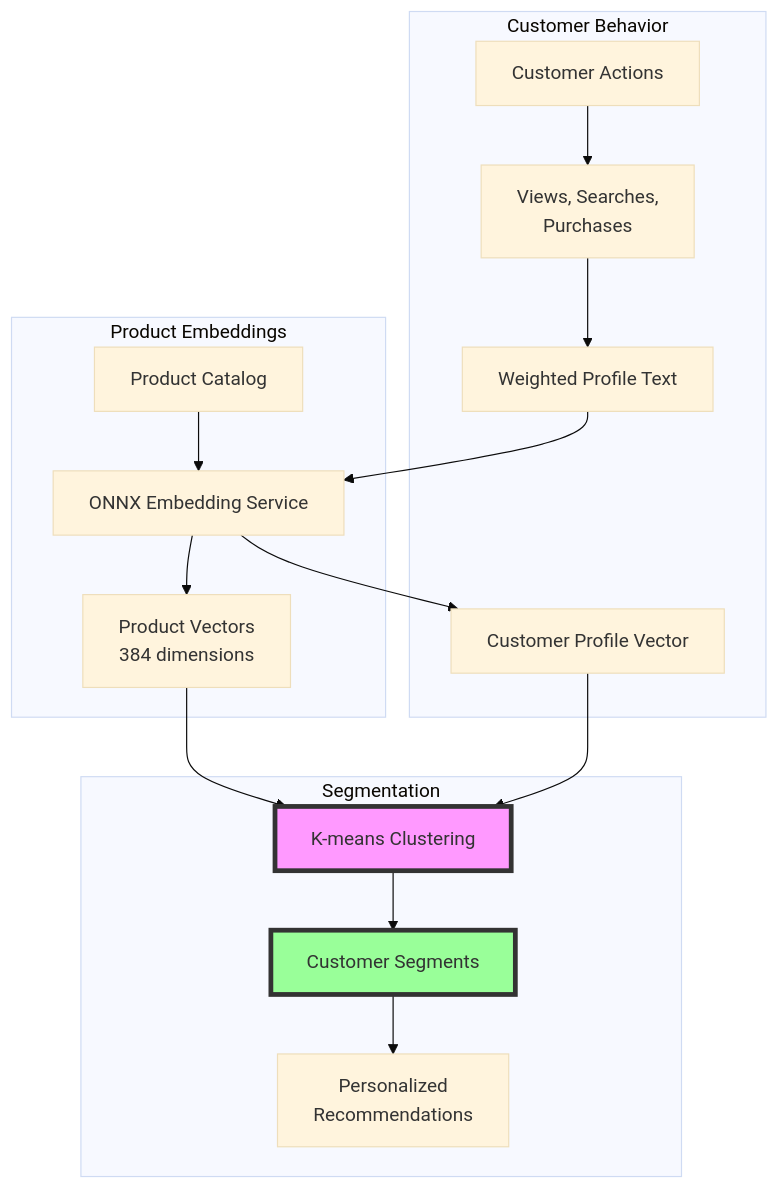
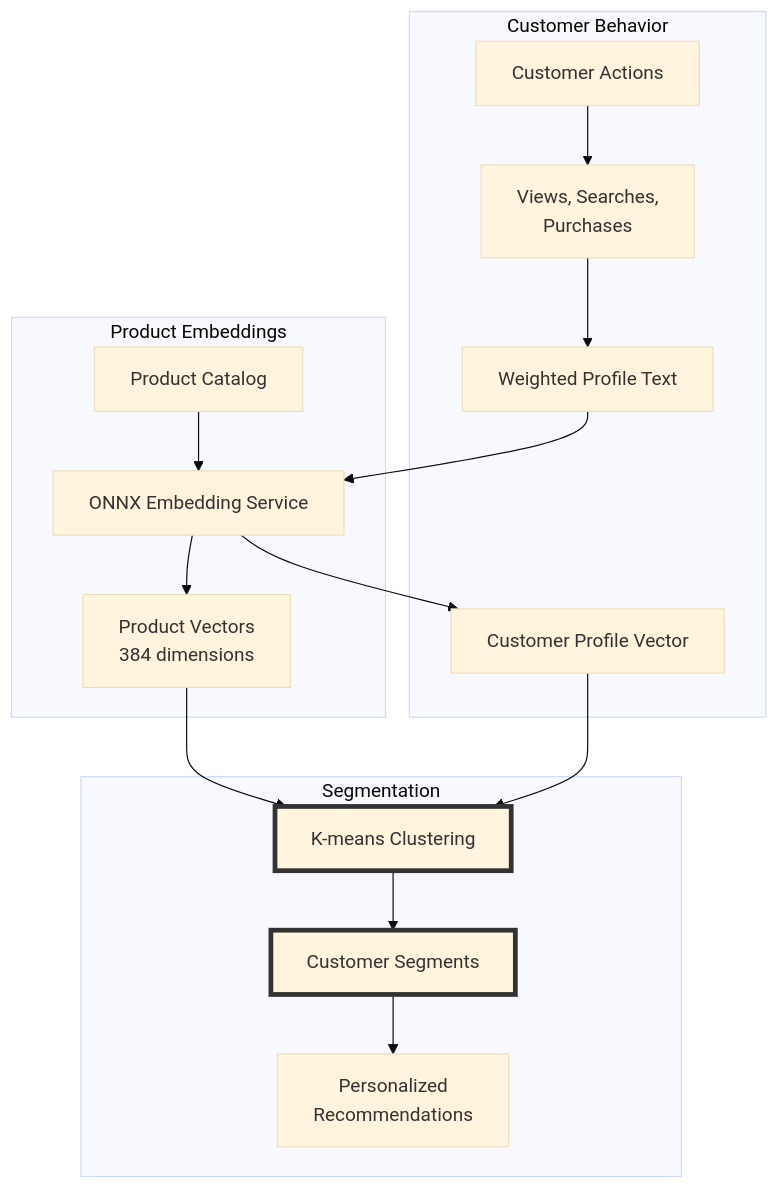
The diagram in Mostlylucid/Markdown/semantic-audience-segmentation.md (Shaddix/mostlylucidweb), drawn with Mermaid (base theme) before and after one commit. The commit also changed 7 other files, not shown here.

````diff
--- a/Mostlylucid/Markdown/semantic-audience-segmentation.md
+++ b/Mostlylucid/Markdown/semantic-audience-segmentation.md
@@ -84,24 +84,24 @@
 ```mermaid
 flowchart TB
     subgraph "Product Embeddings"
         A[Product Catalog] --> B[ONNX Embedding Service]
         B --> C[Product Vectors<br/>384 dimensions]
     end
 
     subgraph "Customer Behavior"
         D[Customer Actions] --> E[Views, Searches,<br/>Purchases]
         E --> F[Weighted Profile Text]
         F --> B
         B --> G[Customer Profile Vector]
     end
 
     subgraph "Segmentation"
         C --> H[K-means Clustering]
         G --> H
         H --> I[Customer Segments]
         I --> J[Personalized<br/>Recommendations]
     end
 
-    style H fill:#f9f,stroke:#333,stroke-width:4px
-    style I fill:#9f9,stroke:#333,stroke-width:4px
+    style H stroke:#333,stroke-width:4px
+    style I stroke:#333,stroke-width:4px
 ```
````
